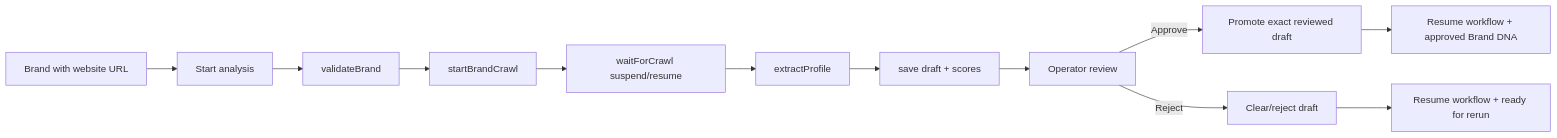
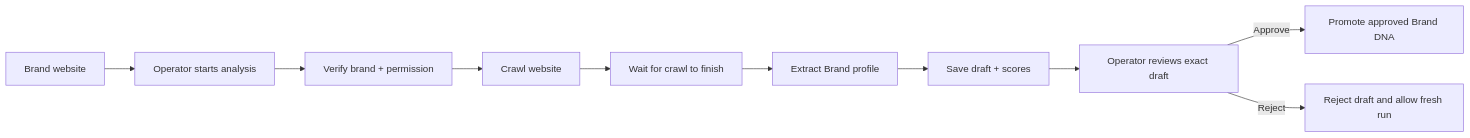
One commit to amoai-tech/ipixai changed the first of 2 diagrams in docs/ipix-platform/10-brands/BRANDS.md. Above: the diagram before and after it, drawn with Mermaid. The commit also changed other lines of this file and 1 other file, not shown here.

````diff
--- a/docs/ipix-platform/10-brands/BRANDS.md
+++ b/docs/ipix-platform/10-brands/BRANDS.md
@@ -31,14 +73,12 @@
 ```mermaid
 flowchart LR
-  A[Brand with website URL] --> B[Start analysis]
-  B --> C[validateBrand]
-  C --> D[startBrandCrawl]
-  D --> E[waitForCrawl suspend/resume]
-  E --> F[extractProfile]
-  F --> G[save draft + scores]
-  G --> H[Operator review]
-  H -->|Approve| I[Promote exact reviewed draft]
-  H -->|Reject| J[Clear/reject draft]
-  I --> K[Resume workflow + approved Brand DNA]
-  J --> L[Resume workflow + ready for rerun]
+  A[Brand website] --> B[Operator starts analysis]
+  B --> C[Verify brand + permission]
+  C --> D[Crawl website]
+  D --> E[Wait for crawl to finish]
+  E --> F[Extract Brand profile]
+  F --> G[Save draft + scores]
+  G --> H[Operator reviews exact draft]
+  H -->|Approve| I[Promote approved Brand DNA]
+  H -->|Reject| J[Reject draft and allow fresh run]
 ```
````
